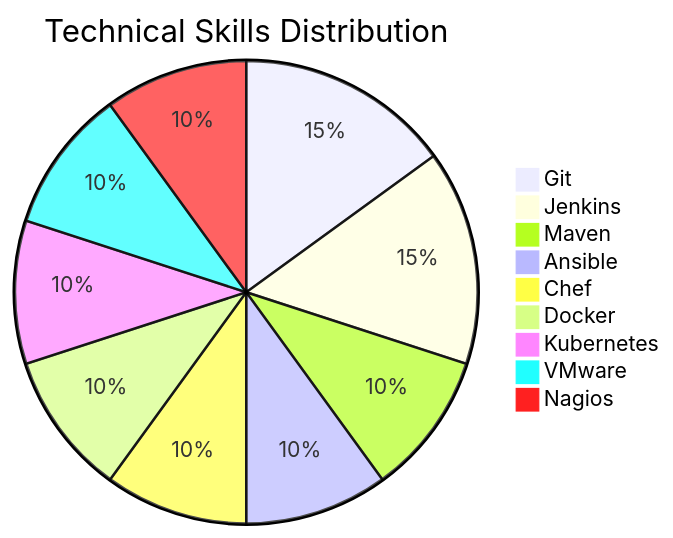
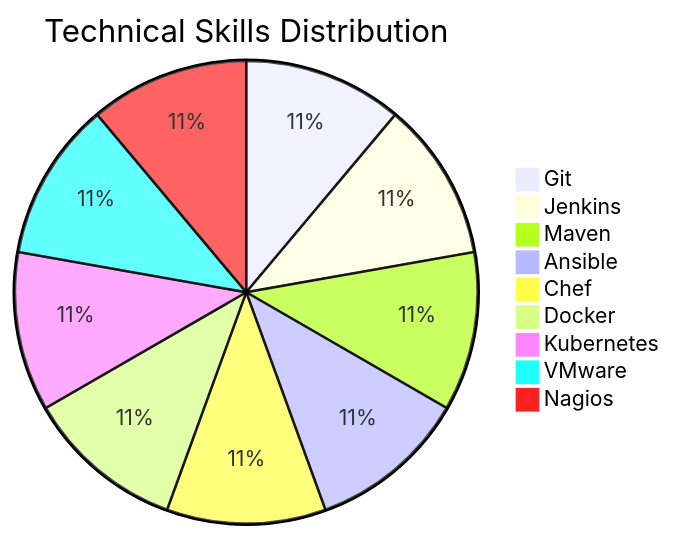
Before and after one commit to pujaraamen/pujaraamen: the diagram in README.md, drawn with Mermaid. The commit also changed other lines of this file, not shown here.

````diff
--- a/README.md
+++ b/README.md
@@ -27,13 +65,13 @@
 ```mermaid
 pie
     title Technical Skills Distribution
-    "Git": 15
-    "Jenkins": 15
+    "Git": 10
+    "Jenkins": 10
     "Maven": 10
     "Ansible": 10
     "Chef": 10
     "Docker": 10
     "Kubernetes": 10
     "VMware": 10
     "Nagios": 10
 ```
````
